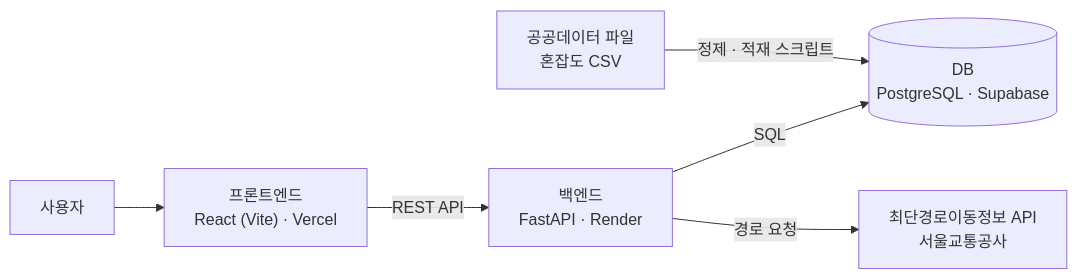
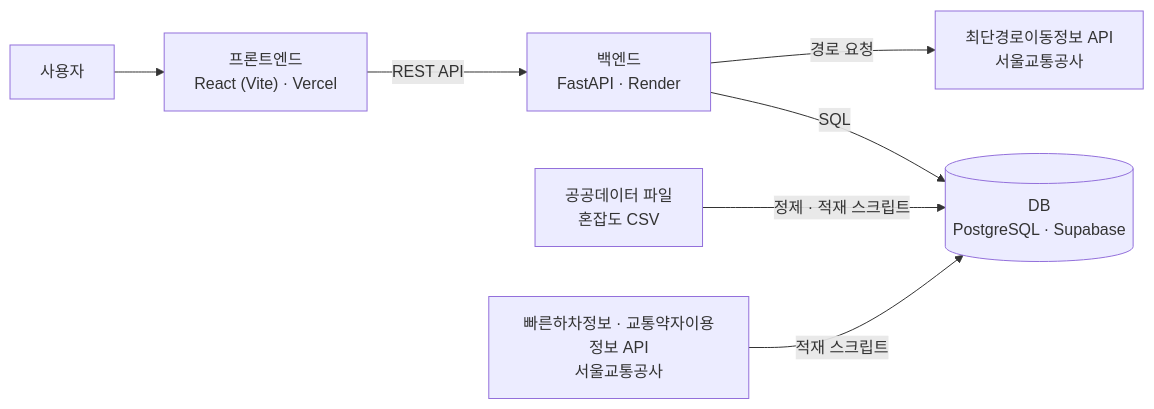
The diagram in README.md (365526/easy-nav), drawn with Mermaid before and after one commit. The commit also changed other lines of this file and 7 other files, not shown here.

````diff
--- a/README.md
+++ b/README.md
@@ -47,8 +48,9 @@
 ```mermaid
 flowchart LR
     U[사용자] --> F["프론트엔드<br/>React (Vite) · Vercel"]
     F -->|REST API| B["백엔드<br/>FastAPI · Render"]
     B -->|SQL| D[("DB<br/>PostgreSQL · Supabase")]
     B -->|경로 요청| R["최단경로이동정보 API<br/>서울교통공사"]
     P["공공데이터 파일<br/>혼잡도 CSV"] -->|정제 · 적재 스크립트| D
+    G["빠른하차정보 · 교통약자이용정보 API<br/>서울교통공사"] -->|적재 스크립트| D
 ```
````
